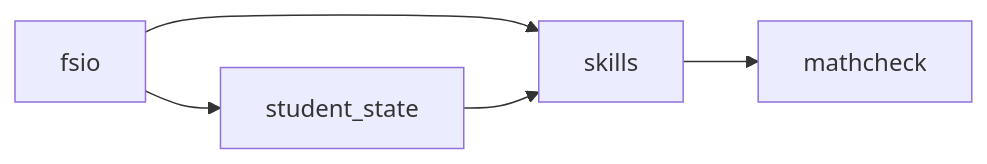
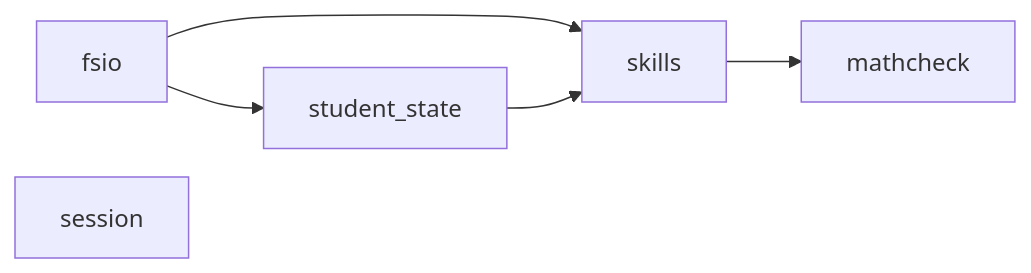
One commit to connormachado/tutorAI changed the first of 2 diagrams in diagrams/AS-BUILT.md. Above: the diagram before and after it, drawn with Mermaid. The commit also changed other lines of this file and 6 other files, not shown here.

````diff
--- a/diagrams/AS-BUILT.md
+++ b/diagrams/AS-BUILT.md
@@ -7,11 +7,12 @@
 ```mermaid
 flowchart LR
 fsio[fsio]
 mathcheck[mathcheck]
+session[session]
 skills[skills]
 student_state[student_state]
 fsio --> skills
 fsio --> student_state
 skills --> mathcheck
 student_state --> skills
 ```
````
